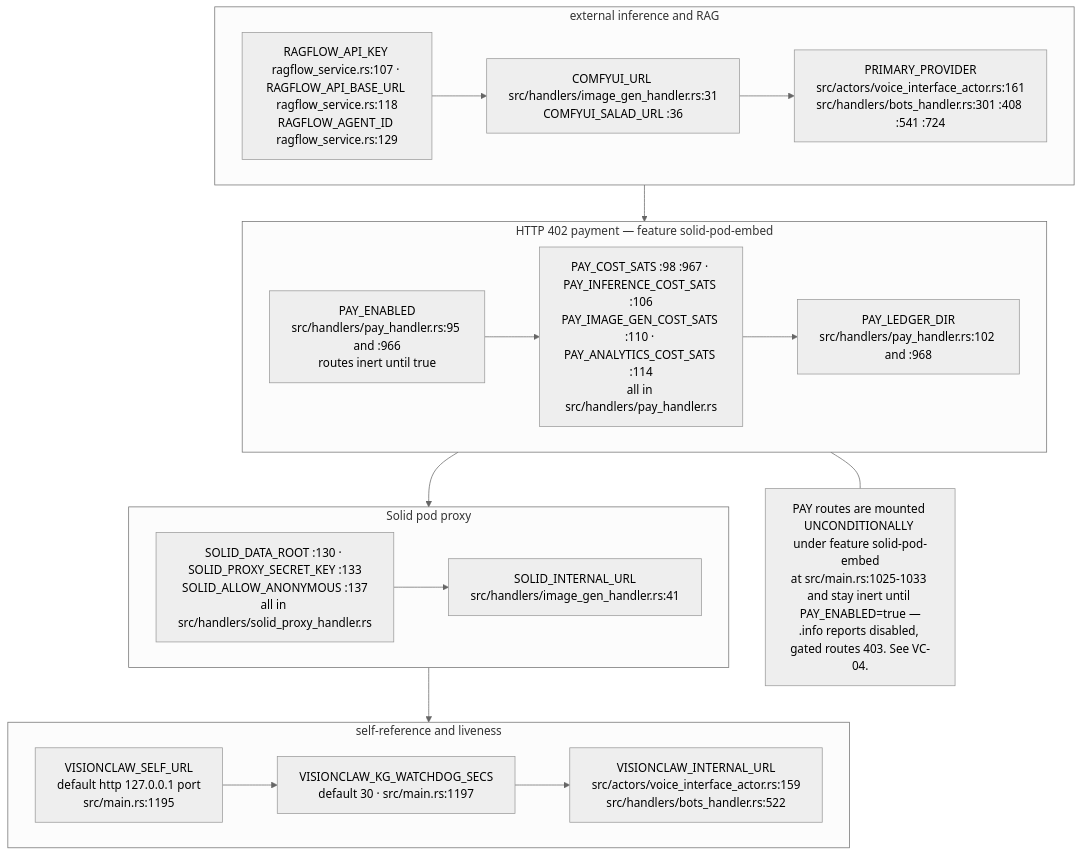
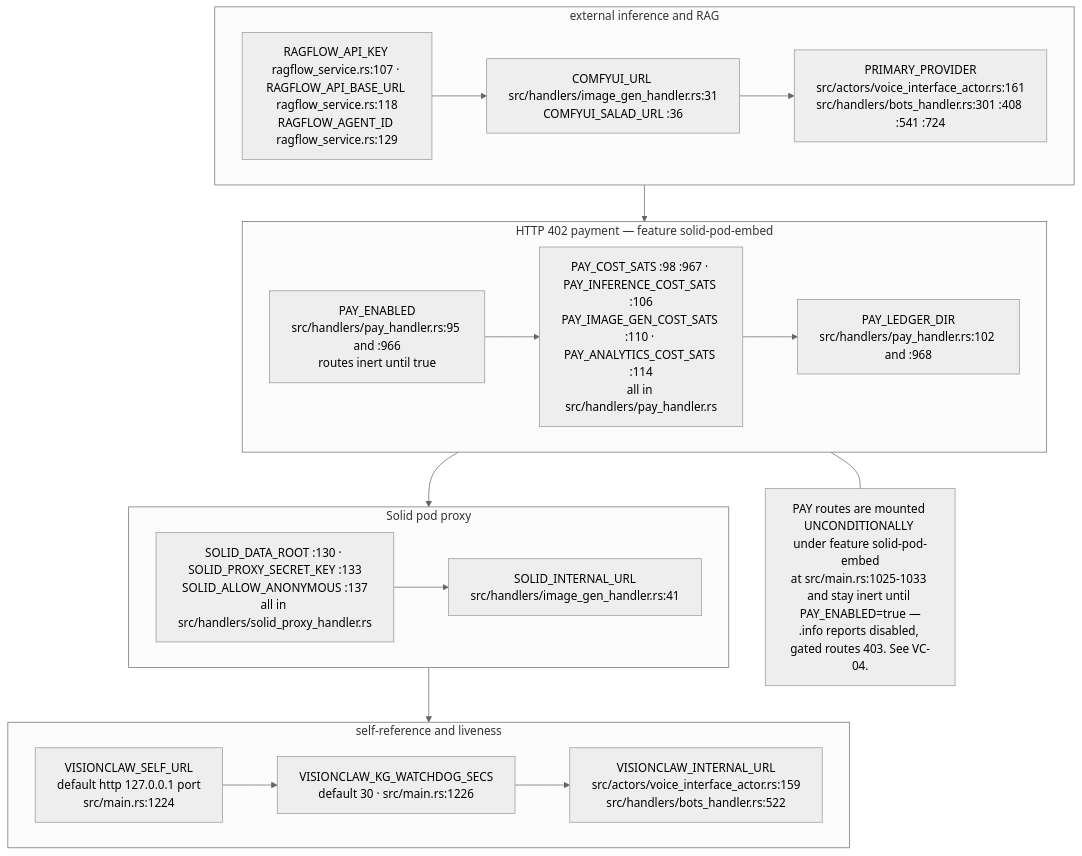
Diagram 13 of 15 in docs/diagrams/visionclaw/09-config-and-env-flags.md (DreamLab-AI/VisionFlow), drawn with Mermaid (neutral theme) before and after one commit. The commit also changed other lines of this file and 51 other files, not shown here.

First line of the commit message:
docs(diagrams): agentbox AB-01..13 re-attested anchor by anchor (980 anchors, 22 defects); checkpoint against an out-of-mesh writer

````diff
--- a/docs/diagrams/visionclaw/09-config-and-env-flags.md
+++ b/docs/diagrams/visionclaw/09-config-and-env-flags.md
@@ -484,18 +484,18 @@
 ```mermaid
 flowchart TB
     subgraph EXT["external inference and RAG"]
         X1["RAGFLOW_API_KEY ragflow_service.rs:107 · RAGFLOW_API_BASE_URL ragflow_service.rs:118<br/>RAGFLOW_AGENT_ID ragflow_service.rs:129"] --> X2["COMFYUI_URL src/handlers/image_gen_handler.rs:31<br/>COMFYUI_SALAD_URL :36"] --> X3["PRIMARY_PROVIDER<br/>src/actors/voice_interface_actor.rs:161<br/>src/handlers/bots_handler.rs:301 :408 :541 :724"]
     end
     subgraph PAY["HTTP 402 payment — feature solid-pod-embed"]
         P1["PAY_ENABLED<br/>src/handlers/pay_handler.rs:95 and :966<br/>routes inert until true"] --> P2["PAY_COST_SATS :98 :967 · PAY_INFERENCE_COST_SATS :106<br/>PAY_IMAGE_GEN_COST_SATS :110 · PAY_ANALYTICS_COST_SATS :114<br/>all in src/handlers/pay_handler.rs"] --> P3["PAY_LEDGER_DIR<br/>src/handlers/pay_handler.rs:102 and :968"]
     end
     subgraph SOLID["Solid pod proxy"]
         O1["SOLID_DATA_ROOT :130 · SOLID_PROXY_SECRET_KEY :133<br/>SOLID_ALLOW_ANONYMOUS :137<br/>all in src/handlers/solid_proxy_handler.rs"] --> O2["SOLID_INTERNAL_URL<br/>src/handlers/image_gen_handler.rs:41"]
     end
     subgraph SELF["self-reference and liveness"]
-        F1["VISIONCLAW_SELF_URL<br/>default http 127.0.0.1 port<br/>src/main.rs:1195"] --> F2["VISIONCLAW_KG_WATCHDOG_SECS<br/>default 30 · src/main.rs:1197"] --> F3["VISIONCLAW_INTERNAL_URL<br/>src/actors/voice_interface_actor.rs:159<br/>src/handlers/bots_handler.rs:522"]
+        F1["VISIONCLAW_SELF_URL<br/>default http 127.0.0.1 port<br/>src/main.rs:1224"] --> F2["VISIONCLAW_KG_WATCHDOG_SECS<br/>default 30 · src/main.rs:1226"] --> F3["VISIONCLAW_INTERNAL_URL<br/>src/actors/voice_interface_actor.rs:159<br/>src/handlers/bots_handler.rs:522"]
     end
     EXT --> PAY --> SOLID --> SELF
     N5["PAY routes are mounted UNCONDITIONALLY under feature solid-pod-embed<br/>at src/main.rs:1025-1033 and stay inert until PAY_ENABLED=true —<br/>.info reports disabled, gated routes 403. See VC-04."]
     PAY --- N5
 ```
````
